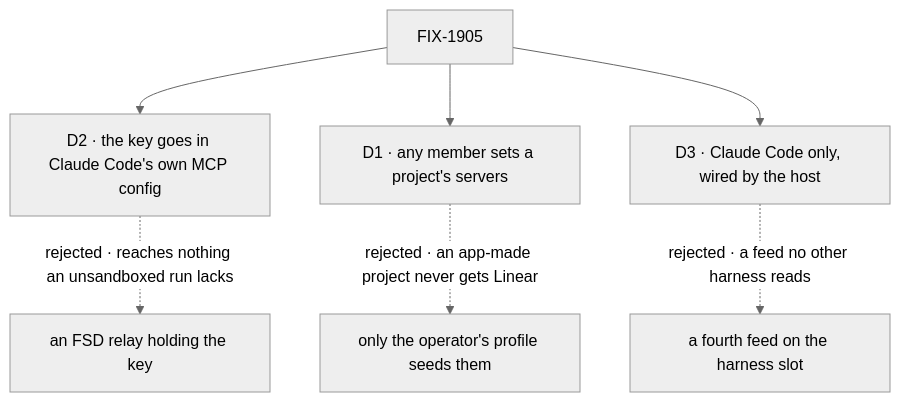
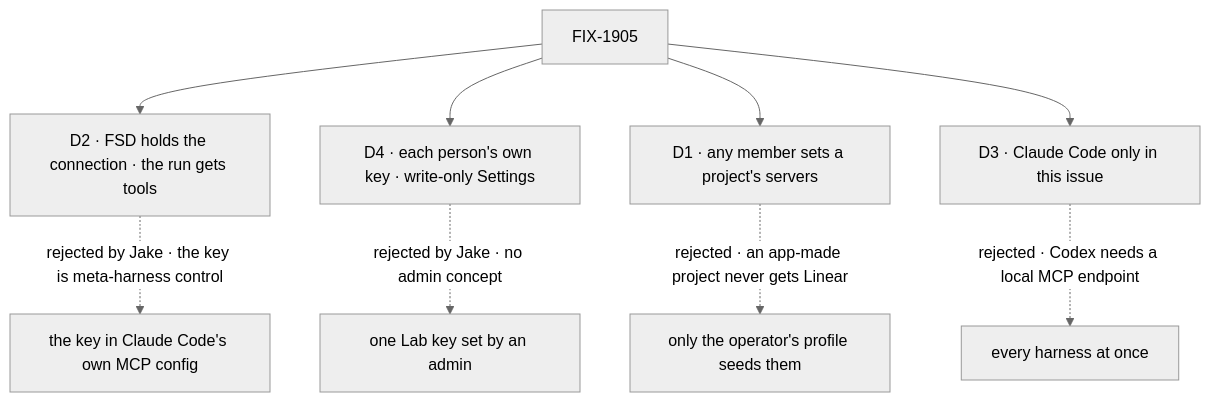
One commit to fixpoint-labs/flow-state-dev changed the diagram in specs/issues/FIX-1905/DECISIONS.md. Above: the diagram before and after it, drawn with Mermaid (neutral theme). The commit also changed other lines of this file and 10 other files, not shown here.

First line of the commit message:
spec(FIX-1905): FSD holds the MCP connection; per-user keys on a Settings page

````diff
--- a/specs/issues/FIX-1905/DECISIONS.md
+++ b/specs/issues/FIX-1905/DECISIONS.md
@@ -13,9 +14,11 @@
 ```mermaid
 flowchart TD
-  I["FIX-1905"] --> D2["D2 · the key goes in Claude Code's own MCP config"]
-  D2 -.->|"rejected · reaches nothing an unsandboxed run lacks"| X2["an FSD relay holding the key"]
+  I["FIX-1905"] --> D2["D2 · FSD holds the connection · the run gets tools"]
+  D2 -.->|"rejected by Jake · the key is meta-harness control"| X2["the key in Claude Code's own MCP config"]
+  I --> D4["D4 · each person's own key · write-only Settings"]
+  D4 -.->|"rejected by Jake · no admin concept"| X4["one Lab key set by an admin"]
   I --> D1["D1 · any member sets a project's servers"]
   D1 -.->|"rejected · an app-made project never gets Linear"| X1["only the operator's profile seeds them"]
-  I --> D3["D3 · Claude Code only, wired by the host"]
-  D3 -.->|"rejected · a feed no other harness reads"| X3["a fourth feed on the harness slot"]
+  I --> D3["D3 · Claude Code only in this issue"]
+  D3 -.->|"rejected · Codex needs a local MCP endpoint"| X3["every harness at once"]
 ```
````
